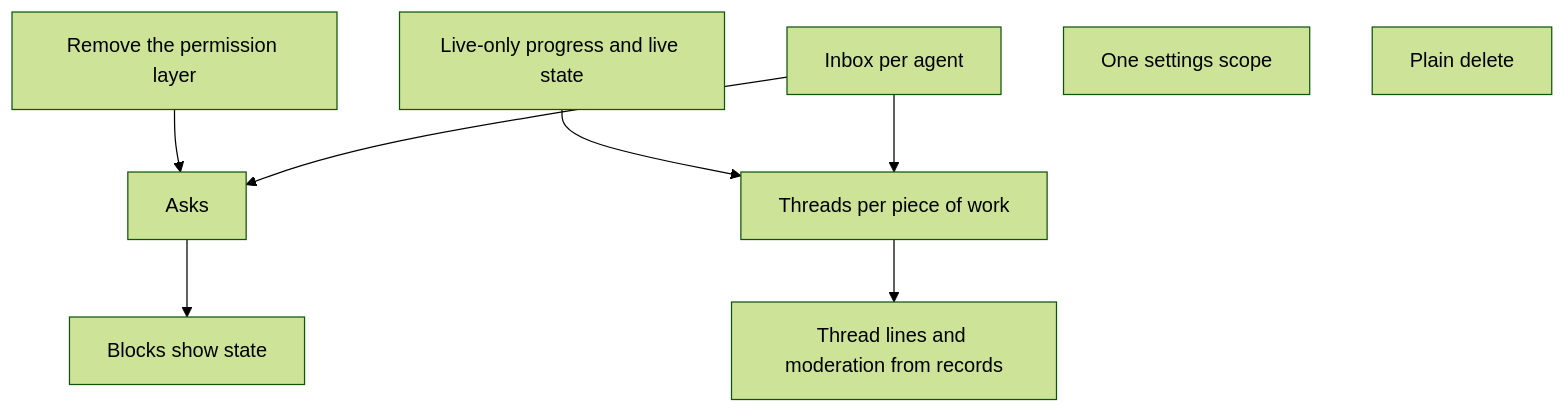
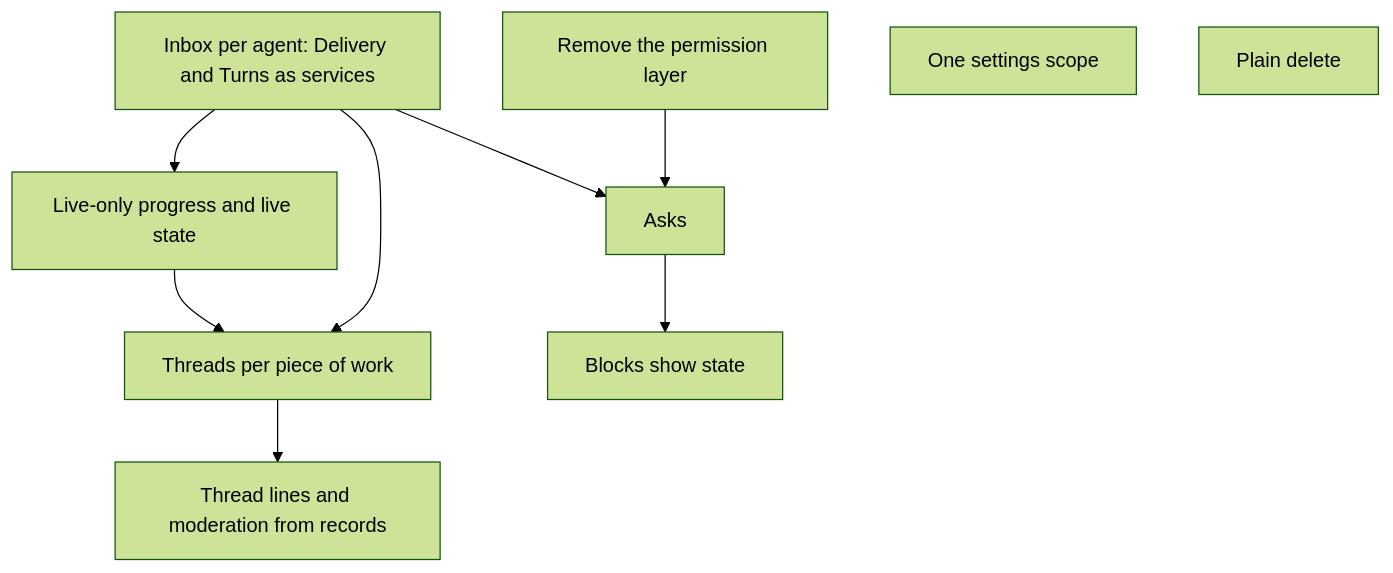
Before and after one commit to HJeon139/postbox: the third of 3 diagrams in designs/rooms-at-scale.md, drawn with Mermaid (forest theme). The commit also changed other lines of this file, not shown here.

Commit message:
docs(designs): put the inbox before live state in the order of work
The inbox is the services step that builds Delivery and Turns and
finishes the runtime split; live state reads its records, so it follows.

Refs #1363

````diff
--- a/designs/rooms-at-scale.md
+++ b/designs/rooms-at-scale.md
@@ -257,11 +259,12 @@
 ```mermaid
 flowchart TD
   PERM[Remove the permission layer] --> ASK[Asks]
-  LIVE[Live-only progress and live state] --> TH[Threads per piece of work]
-  INBOX[Inbox per agent] --> TH
+  INBOX[Inbox per agent: Delivery and Turns as services] --> LIVE[Live-only progress and live state]
+  LIVE --> TH[Threads per piece of work]
+  INBOX --> TH
   INBOX --> ASK
   ASK --> BLK[Blocks show state]
   TH --> MOD[Thread lines and moderation from records]
   SET[One settings scope]
   DEL[Plain delete]
 ```
````
